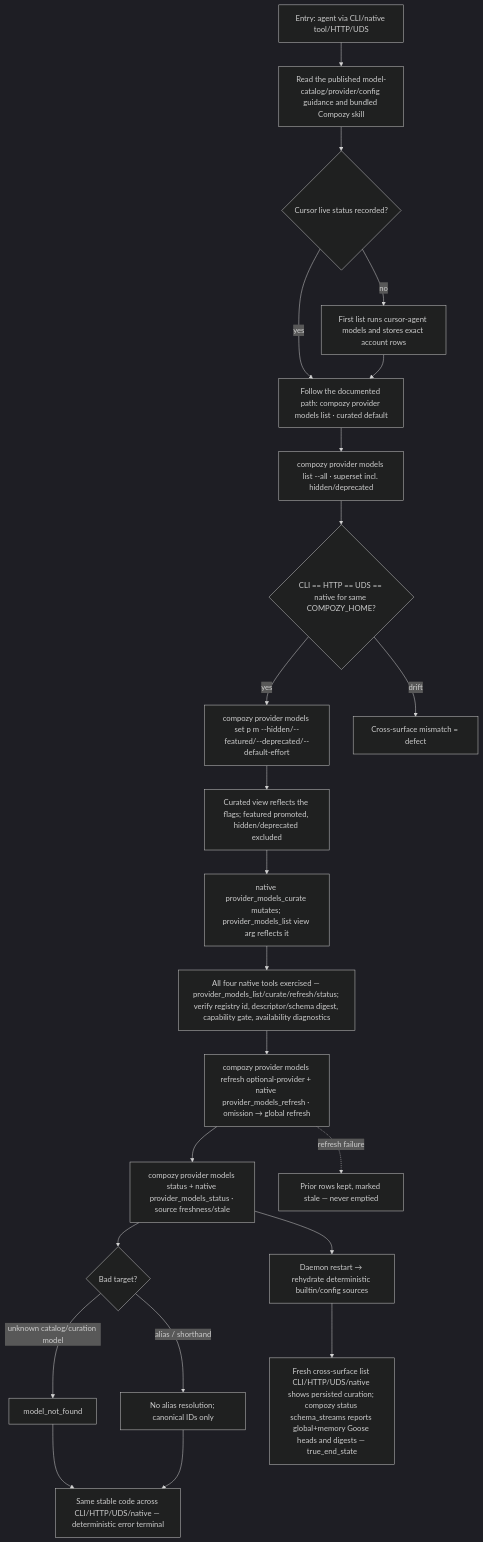
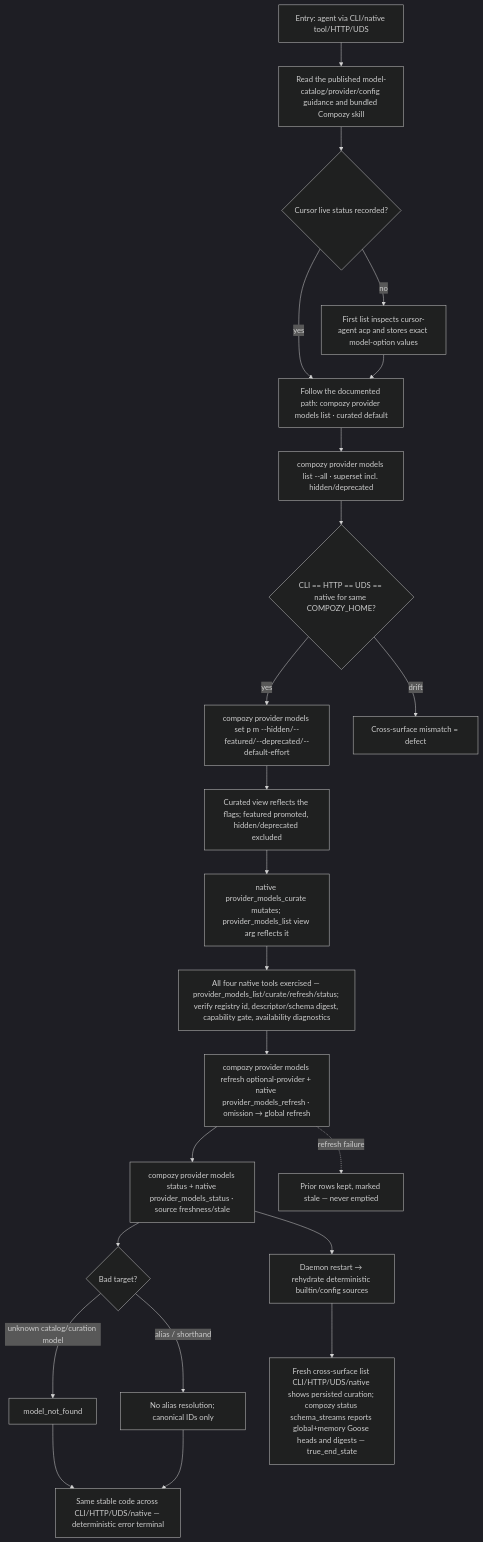
Before and after one commit to compozy/compozy: the diagram in docs/qa/journeys/J-20-catalog-curation-agent-surfaces.md, drawn with Mermaid (dark theme). The commit also changed other lines of this file and 44 other files, not shown here.

Commit message:
fix: use exact Cursor ACP model values

````diff
--- a/docs/qa/journeys/J-20-catalog-curation-agent-surfaces.md
+++ b/docs/qa/journeys/J-20-catalog-curation-agent-surfaces.md
@@ -5,25 +5,25 @@
 ```mermaid
 flowchart TD
     E1[Entry: agent via CLI/native tool/HTTP/UDS] --> GUIDE[Read the published model-catalog/provider/config guidance and bundled Compozy skill]
     GUIDE --> CURSOR{Cursor live status recorded?}
-    CURSOR -->|no| DISCOVER[First list runs cursor-agent models and stores exact account rows]
+    CURSOR -->|no| DISCOVER[First list inspects cursor-agent acp and stores exact model-option values]
     CURSOR -->|yes| LIST[Read stored catalog rows]
     DISCOVER --> LIST[Follow the documented path: compozy provider models list · curated default]
     LIST --> ALL[compozy provider models list --all · superset incl. hidden/deprecated]
     ALL --> COMPARE{CLI == HTTP == UDS == native for same COMPOZY_HOME?}
     COMPARE -->|yes| SET[compozy provider models set p m --hidden/--featured/--deprecated/--default-effort]
     COMPARE -->|drift| BUG[Cross-surface mismatch = defect]
     SET --> REFLECT[Curated view reflects the flags; featured promoted, hidden/deprecated excluded]
     REFLECT --> CURATE[native provider_models_curate mutates; provider_models_list view arg reflects it]
     CURATE --> NATIVE[All four native tools exercised — provider_models_list/curate/refresh/status; verify registry id, descriptor/schema digest, capability gate, availability diagnostics]
     NATIVE --> REFRESH[compozy provider models refresh optional-provider + native provider_models_refresh · omission → global refresh]
     REFRESH --> STATUS[compozy provider models status + native provider_models_status · source freshness/stale]
     STATUS --> ERR{Bad target?}
     ERR -->|unknown catalog/curation model| NF[model_not_found]
     ERR -->|alias / shorthand| NORES[No alias resolution; canonical IDs only]
     NF --> STABLE[Same stable code across CLI/HTTP/UDS/native — deterministic error terminal]
     NORES --> STABLE
     STATUS --> RESTART[Daemon restart → rehydrate deterministic builtin/config sources]
     RESTART --> READBACK[Fresh cross-surface list CLI/HTTP/UDS/native shows persisted curation; compozy status schema_streams reports global+memory Goose heads and digests — true_end_state]
     REFRESH -.->|refresh failure| STALE[Prior rows kept, marked stale — never emptied]
 ```
````
